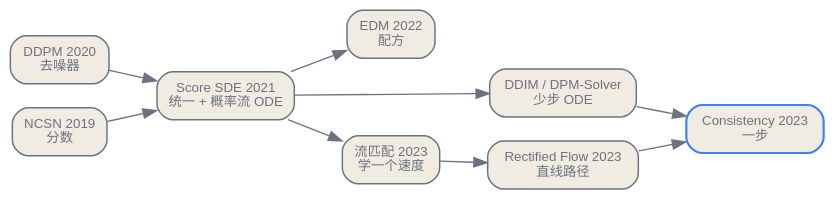
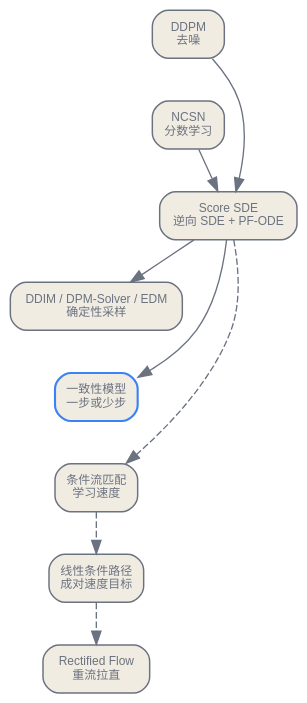
The diagram in zh/generative/01-diffusion-flow-matching.qmd (latere-ai/ai-as-an-infrastructure), drawn with Graphviz before and after one commit. The commit also changed other lines of this file and 3 other files, not shown here.

Commit message:
docs: rewrite Chinese diffusion and flow chapter

````diff
--- a/zh/generative/01-diffusion-flow-matching.qmd
+++ b/zh/generative/01-diffusion-flow-matching.qmd
@@ -101,27 +337,32 @@
 ```{dot}
 //| label: fig-diffusion-lineage
-//| fig-cap: "本章诸思想的演化线索。去噪路线（DDPM）与分数路线（NCSN）被 SDE 框架及其概率流 ODE 统一；那个 ODE 是通向快速采样器、通向 EDM 配方、以及通向流匹配的桥，而流匹配的直线路径与 consistency 后续方法把采样步数推向一。取材自 Song 等（2021）与 Lipman 等（2023）。"
-digraph lineage {
-  rankdir=LR;
+//| fig-cap: "关系图，而不是严格的论文谱系。DDPM 与噪声条件分数在 SDE 框架中相遇；概率流 ODE 支持确定性求解器与一致性方法。流匹配可以采用扩散条件路径或线性条件路径，Rectified Flow 则是相关的线性路径表述。"
+digraph relations {
+  rankdir=TB;
+  ranksep=0.45;
+  nodesep=0.30;
   bgcolor="transparent";
-  node [shape=box, style="rounded,filled", fontname="Helvetica", fontsize=10, color="#6b7280", fontcolor="#6b7280", fillcolor="#f1ece1", penwidth=1.1];
+  node [shape=box, style="rounded,filled", fontname="Helvetica", fontsize=9, color="#6b7280", fontcolor="#6b7280", fillcolor="#f1ece1", penwidth=1.1];
   edge [fontname="Helvetica", fontsize=9, color="#6b7280", fontcolor="#6b7280"];
 
-  ddpm [label="DDPM 2020\n去噪器"];
-  ncsn [label="NCSN 2019\n分数"];
-  sde [label="Score SDE 2021\n统一 + 概率流 ODE"];
-  edm [label="EDM 2022\n配方"];
-  ddim [label="DDIM / DPM-Solver\n少步 ODE"];
-  fm [label="流匹配 2023\n学一个速度"];
-  rf [label="Rectified Flow 2023\n直线路径"];
-  cm [label="Consistency 2023\n一步", color="#3b82f6", penwidth=1.6];
+  ddpm [label="DDPM\n去噪"];
+  ncsn [label="NCSN\n分数学习"];
+  sde [label="Score SDE\n逆向 SDE + PF-ODE"];
+  solver [label="DDIM / DPM-Solver / EDM\n确定性采样"];
+  cm [label="一致性模型\n一步或少步", color="#3b82f6", penwidth=1.6];
+  fm [label="条件流匹配\n学习速度"];
+  linear [label="线性条件路径\n成对速度目标"];
+  rf [label="Rectified Flow\n重流拉直"];
 
+  ddpm -> ncsn [style=invis, weight=10];
   ddpm -> sde;
   ncsn -> sde;
-  sde -> edm;
-  sde -> ddim;
-  sde -> fm;
-  fm -> rf -> cm;
-  ddim -> cm;
+  sde -> solver;
+  solver -> cm [style=invis, weight=10];
+  sde -> cm;
+  cm -> fm [style=invis, weight=10];
+  sde -> fm [style=dashed];
+  fm -> linear [style=dashed];
+  linear -> rf [style=dashed];
 }
 ```
````
